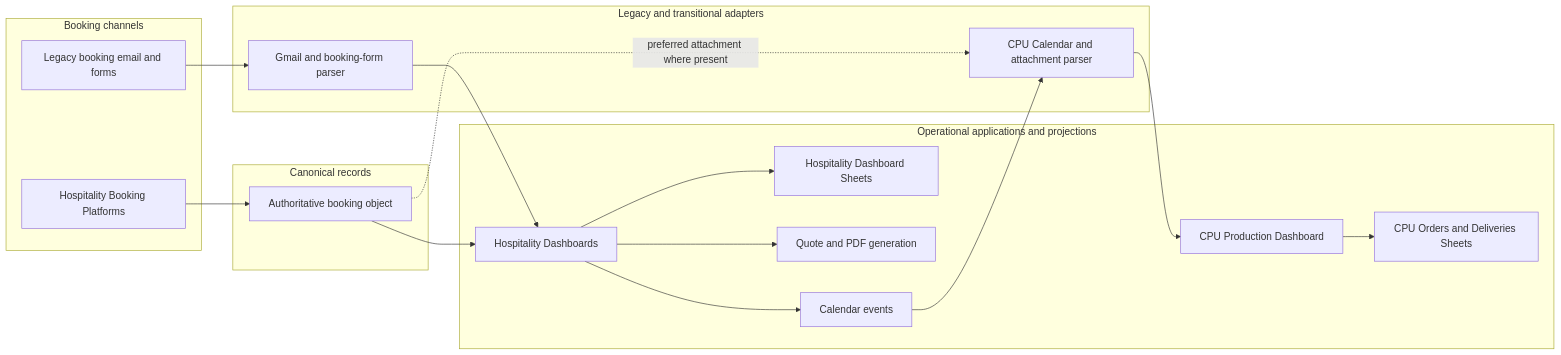
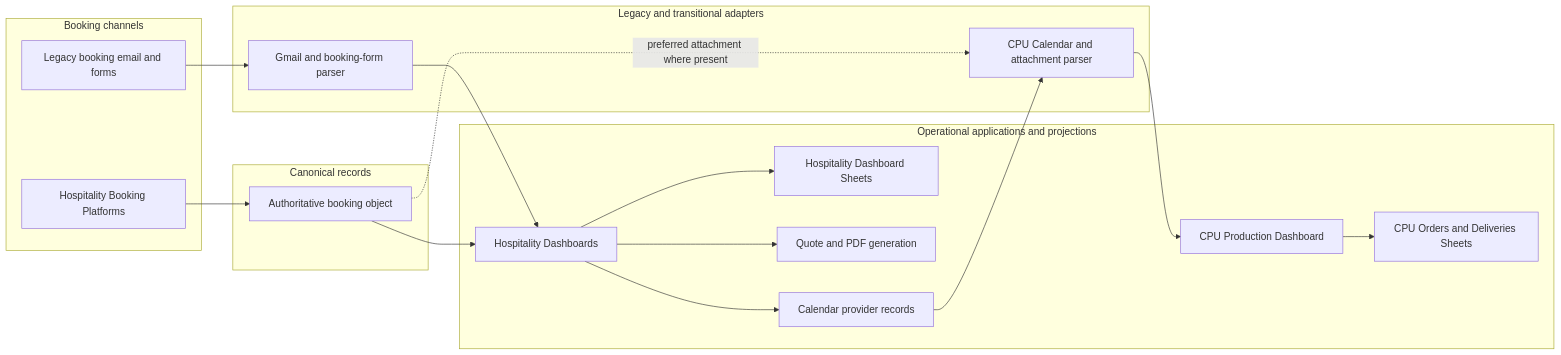
One commit to derekfika/fika-os changed the first of 3 diagrams in docs/current-system-map.md. Above: the diagram before and after it, drawn with Mermaid. The commit also changed other lines of this file and 13 other files, not shown here.

Commit message:
docs(architecture): define domain event contract

````diff
--- a/docs/current-system-map.md
+++ b/docs/current-system-map.md
@@ -41,35 +41,35 @@
 ```mermaid
 flowchart LR
   subgraph Channels["Booking channels"]
     BP["Hospitality Booking Platforms"]
     EMAIL["Legacy booking email and forms"]
   end
 
   subgraph Authority["Canonical records"]
     BOOKING["Authoritative booking object"]
   end
 
   subgraph Operations["Operational applications and projections"]
     HD["Hospitality Dashboards"]
     HDS["Hospitality Dashboard Sheets"]
     QUOTE["Quote and PDF generation"]
-    CAL["Calendar events"]
+    CAL["Calendar provider records"]
     CPU["CPU Production Dashboard"]
     CPUS["CPU Orders and Deliveries Sheets"]
   end
 
   subgraph Adapters["Legacy and transitional adapters"]
     INBOX["Gmail and booking-form parser"]
     CPUP["CPU Calendar and attachment parser"]
   end
 
   BP --> BOOKING
   BOOKING --> HD
   EMAIL --> INBOX --> HD
   HD --> HDS
   HD --> QUOTE
   HD --> CAL
   CAL --> CPUP --> CPU
   BOOKING -. "preferred attachment where present" .-> CPUP
   CPU --> CPUS
 ```
````
